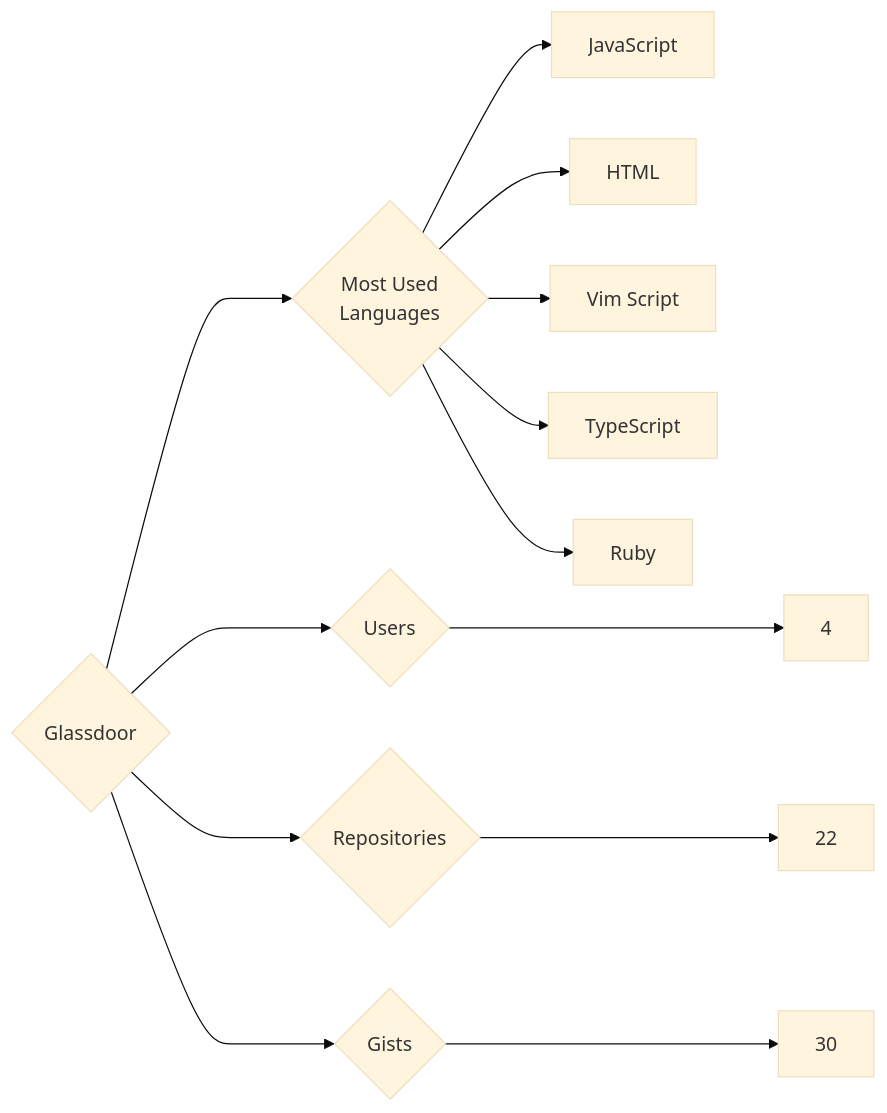
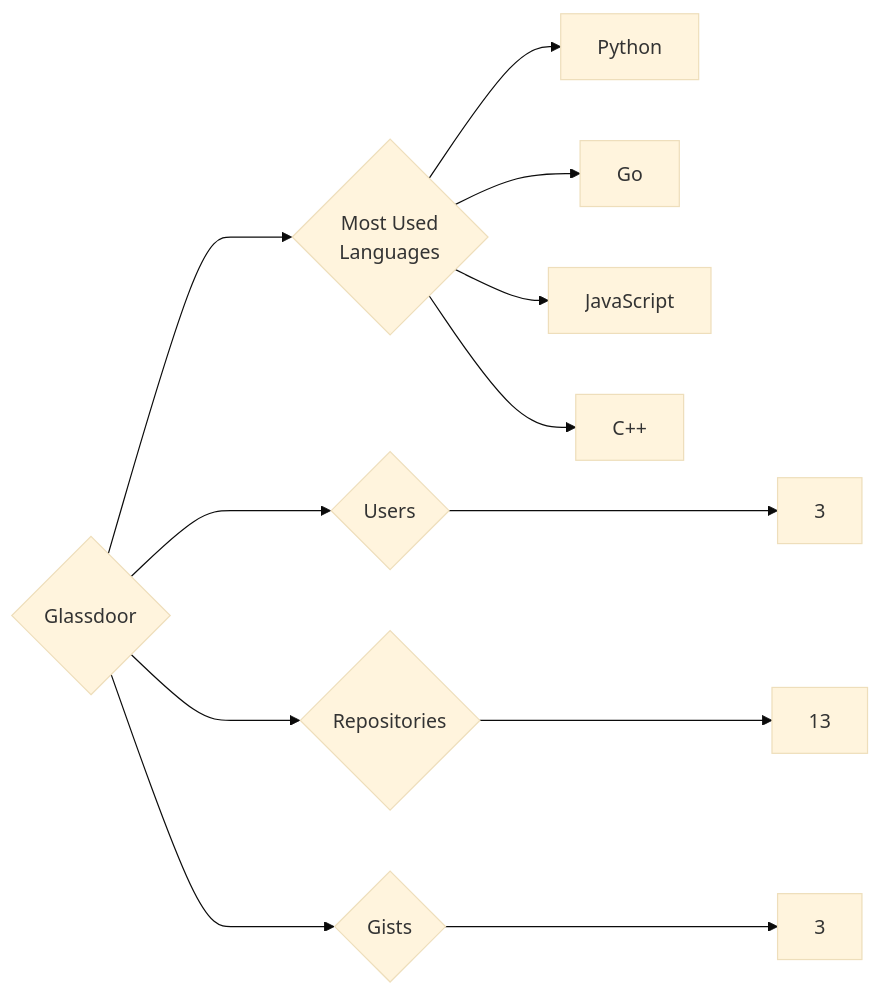
Before and after one commit to trickest/insiders: the diagram in targets/Glassdoor/README.md, drawn with Mermaid (base theme). The commit also changed 1007 other files, not shown here.

````diff
--- a/targets/Glassdoor/README.md
+++ b/targets/Glassdoor/README.md
@@ -3,13 +3,12 @@
 ```mermaid
 graph LR
 COMPANY_NAME{Glassdoor}
-COMPANY_NAME ---> U{Users} ---> UN[4]
-COMPANY_NAME ---> R{Repositories} ---> RN[22]
-COMPANY_NAME ---> G{Gists} ---> GN[30]
+COMPANY_NAME ---> U{Users} ---> UN[3]
+COMPANY_NAME ---> R{Repositories} ---> RN[13]
+COMPANY_NAME ---> G{Gists} ---> GN[3]
 COMPANY_NAME ---> ML{Most Used<br>Languages}
+ML --> Python[Python]
+ML --> Go[Go]
 ML --> JavaScript[JavaScript]
-ML --> HTML[HTML]
-ML --> Vim_Script[Vim Script]
-ML --> TypeScript[TypeScript]
-ML --> Ruby[Ruby]
+ML --> C++[C++]
 ```
````
